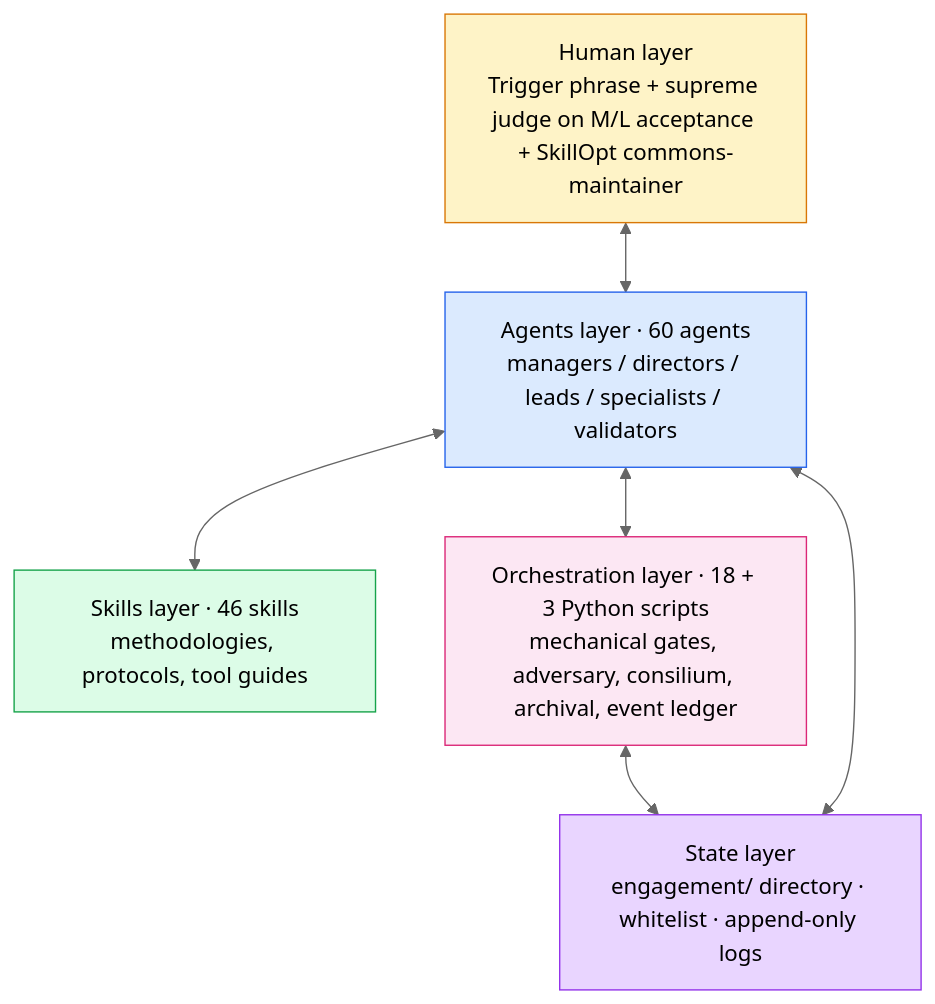
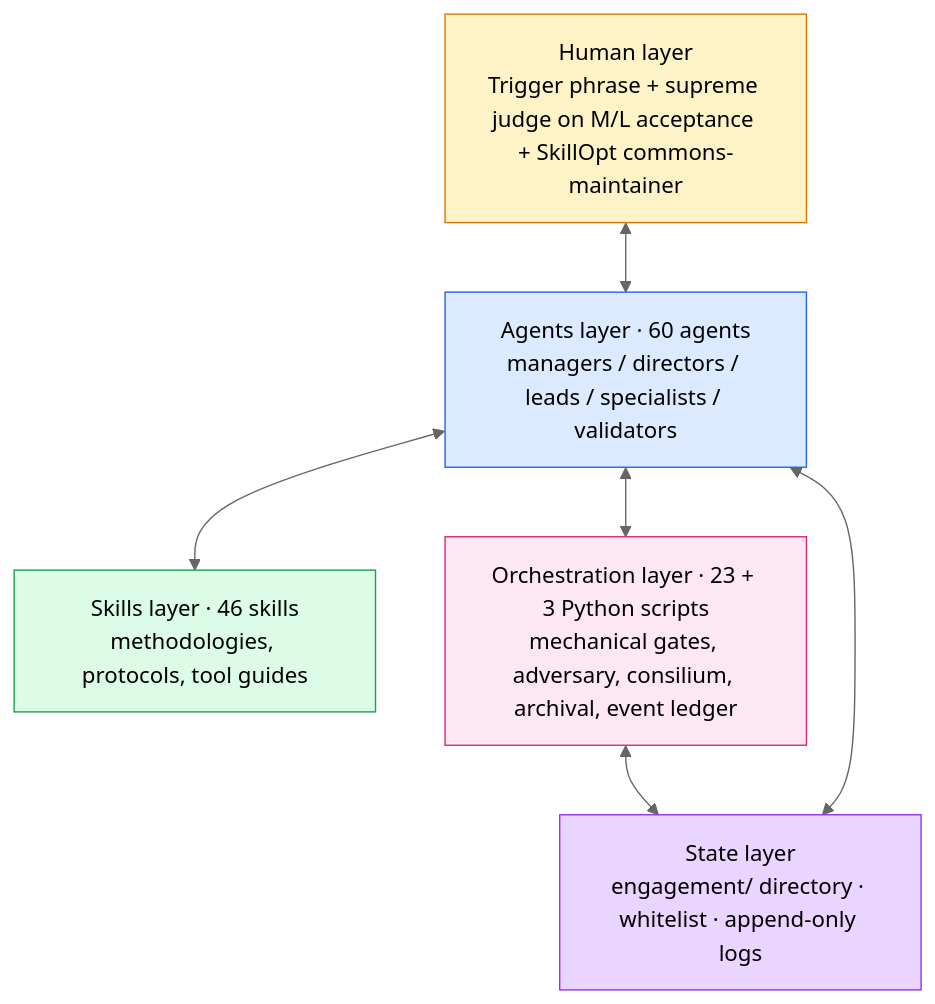
The first of 2 diagrams in README.md (AgentShekel/agentic-workflow), drawn with Mermaid (neutral theme) before and after one commit. The commit also changed other lines of this file and 48 other files, not shown here.

````diff
--- a/README.md
+++ b/README.md
@@ -26,26 +26,26 @@
 ```mermaid
 flowchart TB
     H["Human layer<br/>Trigger phrase + supreme judge on M/L acceptance + SkillOpt commons-maintainer"]
     A["Agents layer · 60 agents<br/>managers / directors / leads / specialists / validators"]
     S["Skills layer · 46 skills<br/>methodologies, protocols, tool guides"]
-    O["Orchestration layer · 18 + 3 Python scripts<br/>mechanical gates, adversary, consilium, archival, event ledger"]
+    O["Orchestration layer · 23 + 3 Python scripts<br/>mechanical gates, adversary, consilium, archival, event ledger"]
     St["State layer<br/>engagement/ directory · whitelist · append-only logs"]
 
     H <--> A
     A <--> S
     A <--> O
     O <--> St
     A <--> St
 
     classDef human fill:#fef3c7,stroke:#d97706,color:#000
     classDef agents fill:#dbeafe,stroke:#2563eb,color:#000
     classDef skills fill:#dcfce7,stroke:#16a34a,color:#000
     classDef orch fill:#fce7f3,stroke:#db2777,color:#000
     classDef state fill:#e9d5ff,stroke:#9333ea,color:#000
 
     class H human
     class A agents
     class S skills
     class O orch
     class St state
 ```
````
